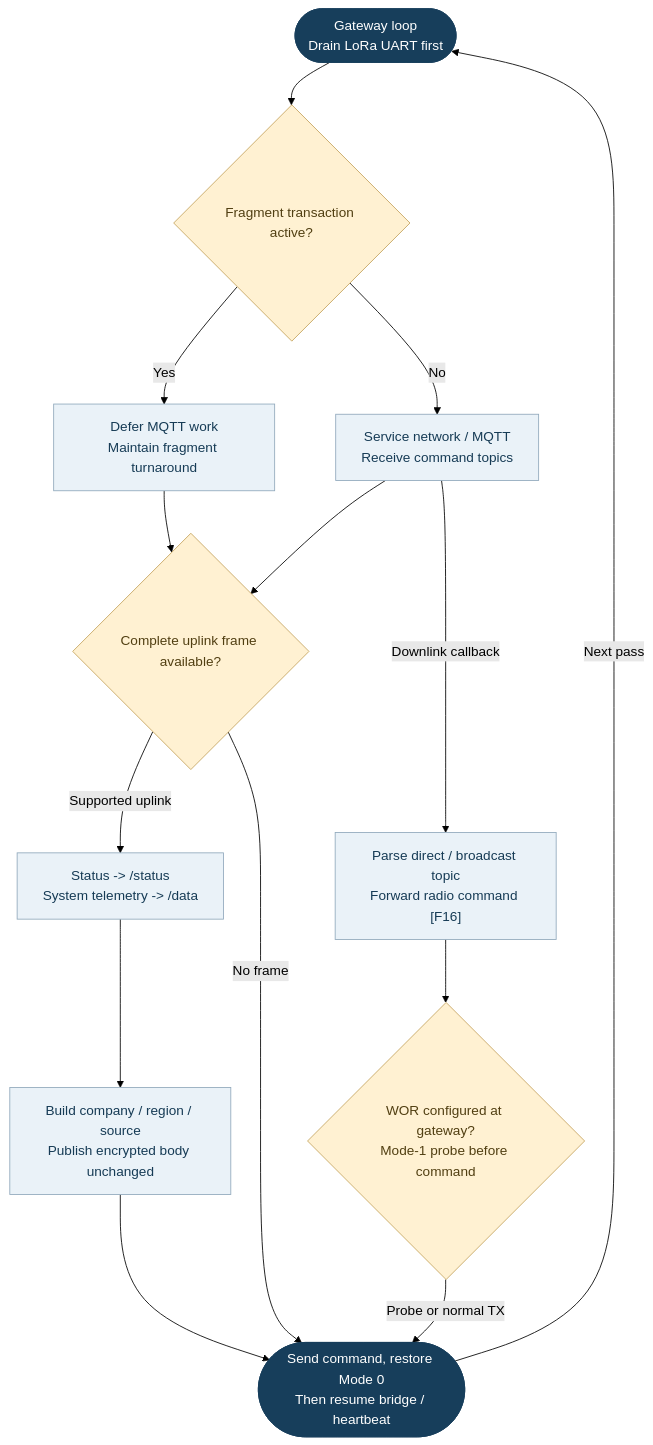
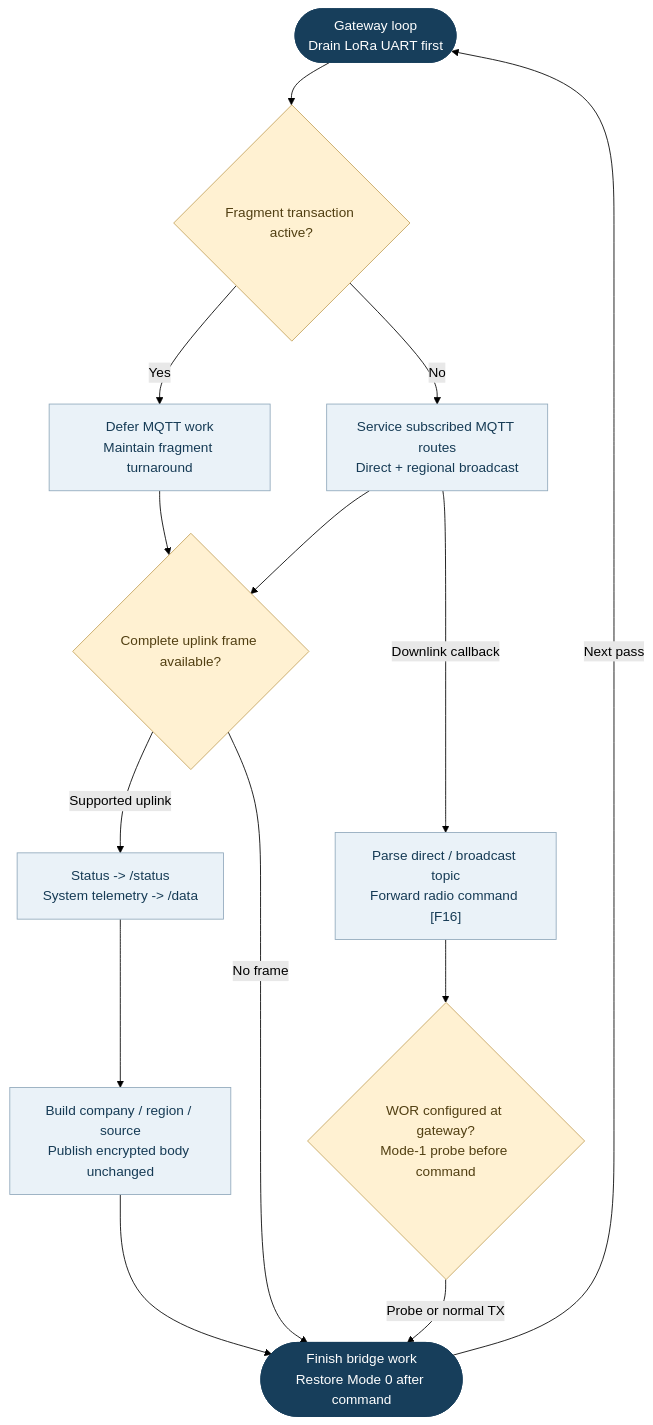
The diagram in Documentation/Flowcharts/source/F14_gateway_bridge_and_downlink_forwarding.mmd (SelimEldreeny111/EgSA_IOT), drawn with Mermaid (forest theme) before and after one commit. The commit also changed 33 other files, not shown here.

First line of the commit message:
docs: refresh Word design and editable architecture diagrams

```diff
--- a/Documentation/Flowcharts/source/F14_gateway_bridge_and_downlink_forwarding.mmd
+++ b/Documentation/Flowcharts/source/F14_gateway_bridge_and_downlink_forwarding.mmd
@@ -1,30 +1,30 @@
 flowchart TD
   a(["Gateway loop<br/>Drain LoRa UART first"]):::term
   b{"Fragment transaction active?"}:::dec
   c["Defer MQTT work<br/>Maintain fragment turnaround"]:::proc
-  d["Service network / MQTT<br/>Receive command topics"]:::proc
+  d["Service subscribed MQTT routes<br/>Direct + regional broadcast"]:::proc
   e{"Complete uplink frame available?"}:::dec
   f["Status -&gt; /status<br/>System telemetry -&gt; /data"]:::proc
   g["Build company / region / source<br/>Publish encrypted body unchanged"]:::proc
   h["Parse direct / broadcast topic<br/>Forward radio command [F16]"]:::proc
   i{"WOR configured at gateway?<br/>Mode-1 probe before command"}:::dec
-  j(["Send command, restore Mode 0<br/>Then resume bridge / heartbeat"]):::term
+  j(["Finish bridge work<br/>Restore Mode 0 after command"]):::term
   a --> b
   b -->|Yes| c
   b -->|No| d
   c --> e
   d --> e
   e -->|Supported uplink| f
   f --> g
   d -->|Downlink callback| h
   h --> i
   i -->|Probe or normal TX| j
   g --> j
   e -->|No frame| j
   j -->|Next pass| a
   classDef term fill:#173E5B,color:white,stroke:#173E5B
   classDef proc fill:#EAF2F8,color:#163B55,stroke:#91A9BC
   classDef dec fill:#FFF1D2,color:#513F12,stroke:#C4A35E
   classDef db fill:#E1F2ED,color:#214B43,stroke:#7DA89B
   classDef bad fill:#FBE9E9,color:#733C3C,stroke:#C49393
   classDef ref fill:#EEEAF8,color:#4B416D,stroke:#A69BC7
```
